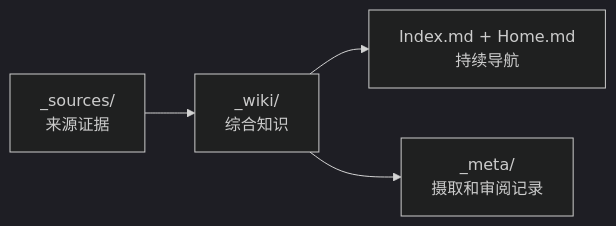
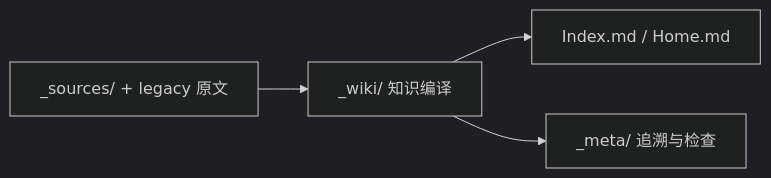
One commit to XiaoWeiKIN/My-Quiet-Inquiry changed the diagram in README.md. Above: the diagram before and after it, drawn with Mermaid (dark theme). The commit also changed other lines of this file, not shown here.

Commit message:
docs(wiki): finalize Wei-Book README and complete knowledge index

````diff
--- a/README.md
+++ b/README.md
@@ -15,6 +9,6 @@
 ```mermaid
 flowchart LR
-    S["_sources/\n来源证据"] --> W["_wiki/\n综合知识"]
-    W --> I["Index.md + Home.md\n持续导航"]
-    W --> M["_meta/\n摄取和审阅记录"]
+  A["_sources/ + legacy 原文"] --> B["_wiki/ 知识编译"]
+  B --> C["Index.md / Home.md"]
+  B --> D["_meta/ 追溯与检查"]
 ```
````
